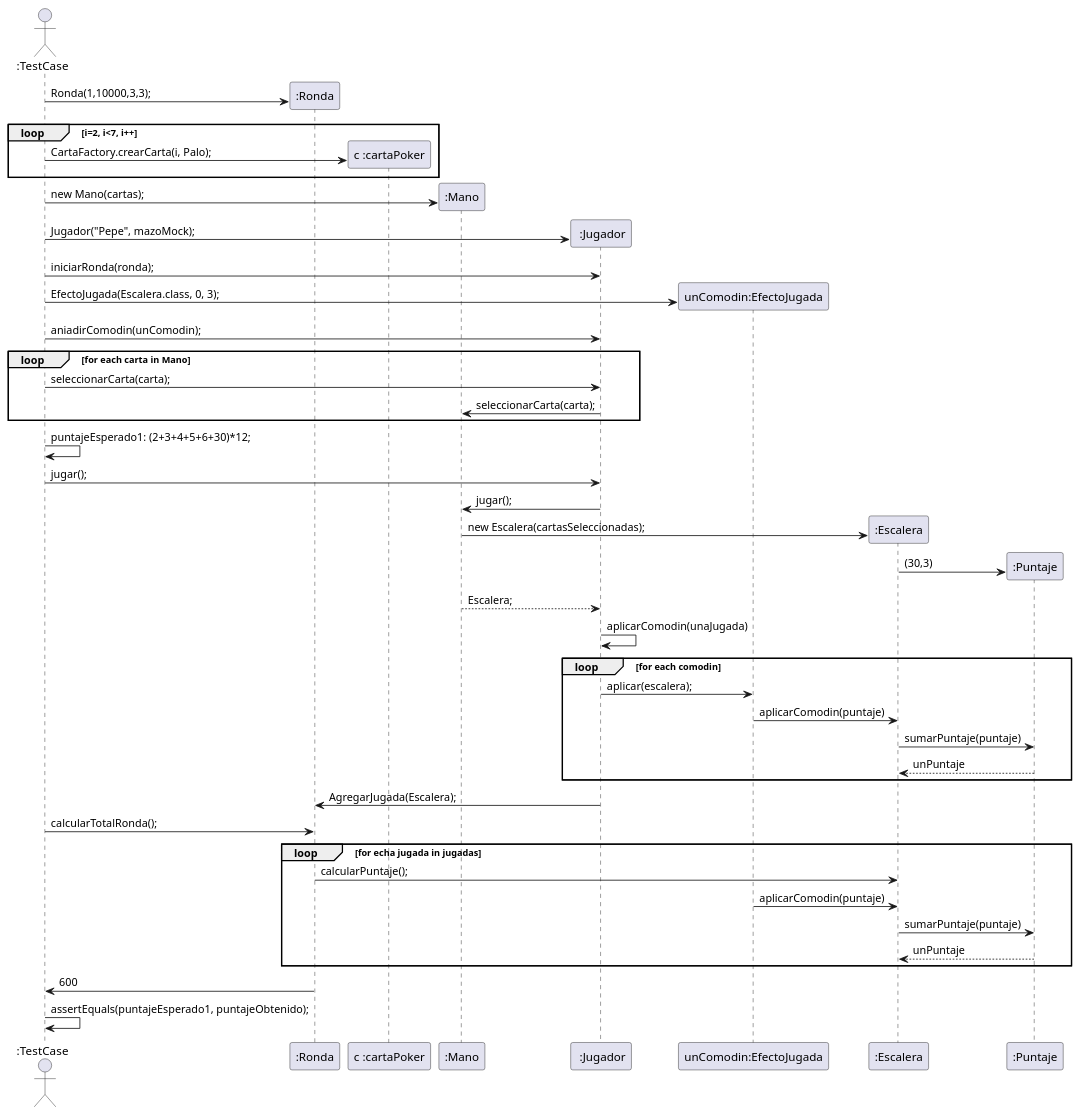
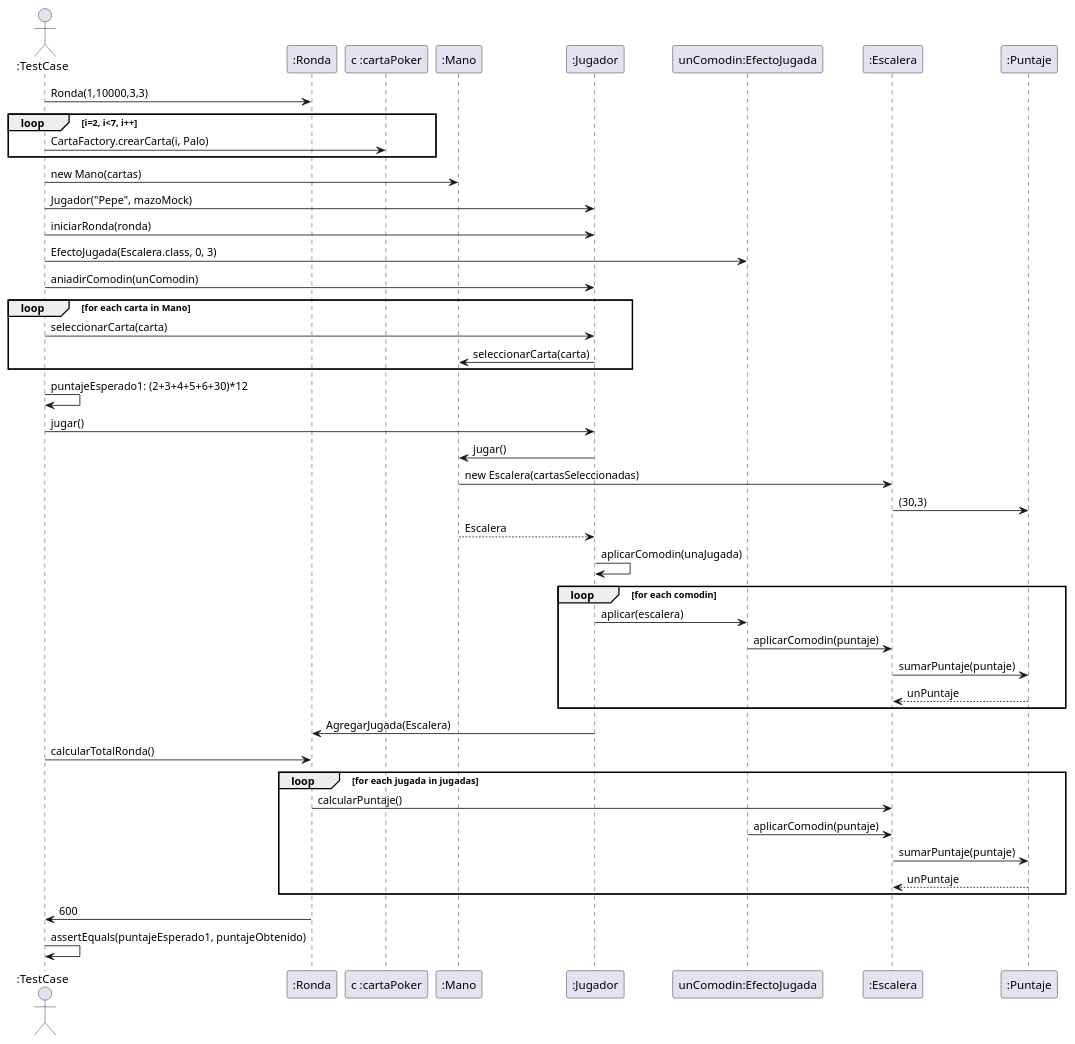
The diagram in diagrams/sequences/Entrega2/test01Integracion.puml (carruizdiaz1109/UBAlatro), drawn with PlantUML before and after one commit.

Commit message:
Se modifica el diagrama de secuencia 1 de la entrega 2

```diff
--- a/diagrams/sequences/Entrega2/test01Integracion.puml
+++ b/diagrams/sequences/Entrega2/test01Integracion.puml
@@ -1,53 +1,67 @@
 @startuml
-'https://plantuml.com/sequence-diagram
+' https://plantuml.com/sequence-diagram
 
 actor ":TestCase" as user
 participant ":Ronda" as ronda
 participant "c :cartaPoker" as carta
 participant ":Mano" as mano
-participant " :Jugador" as jugador
+participant ":Jugador" as jugador
 participant "unComodin:EfectoJugada" as comodin
+participant ":Escalera" as escalera
+participant ":Puntaje" as puntaje
 
-user -> ronda**: Ronda(1,10000,3,3);
+' Inicialización
+user -> ronda: Ronda(1,10000,3,3)
 loop i=2, i<7, i++
-    user ->  carta**:CartaFactory.crearCarta(i, Palo);
+    user -> carta: CartaFactory.crearCarta(i, Palo)
 end
-user -> mano**: new Mano(cartas);
-user -> jugador**: Jugador("Pepe", mazoMock);
-user -> jugador: iniciarRonda(ronda);
+user -> mano: new Mano(cartas)
+user -> jugador: Jugador("Pepe", mazoMock)
+user -> jugador: iniciarRonda(ronda)
 
-user -> comodin **: EfectoJugada(Escalera.class, 0, 3);
-user -> jugador :aniadirComodin(unComodin);
+' Agregar comodín
+user -> comodin: EfectoJugada(Escalera.class, 0, 3)
+user -> jugador: aniadirComodin(unComodin)
+
+' Selección de cartas
 loop for each carta in Mano
-    user -> jugador: seleccionarCarta(carta);
-    jugador -> mano: seleccionarCarta(carta);
+    user -> jugador: seleccionarCarta(carta)
+    jugador -> mano: seleccionarCarta(carta)
 end
 
-user -> user: puntajeEsperado1: (2+3+4+5+6+30)*12;
-user -> jugador:jugar();
-jugador -> mano: jugar();
-mano -> ":Escalera" as escalera**: new Escalera(cartasSeleccionadas);
-escalera -> ":Puntaje" as puntaje**: (30,3)
-mano --> jugador: Escalera;
+' Calcular puntaje esperado
+user -> user: puntajeEsperado1: (2+3+4+5+6+30)*12
+
+' Realizar jugada
+user -> jugador: jugar()
+jugador -> mano: jugar()
+mano -> escalera: new Escalera(cartasSeleccionadas)
+escalera -> puntaje: (30,3)
+mano --> jugador: Escalera
 jugador -> jugador: aplicarComodin(unaJugada)
+
+' Aplicar comodín
 loop for each comodin
-   jugador -> comodin: aplicar(escalera);
+    jugador -> comodin: aplicar(escalera)
     comodin -> escalera: aplicarComodin(puntaje)
     escalera -> puntaje: sumarPuntaje(puntaje)
     puntaje --> escalera: unPuntaje
 end
-jugador -> ronda: AgregarJugada(Escalera);
-user -> ronda: calcularTotalRonda();
-loop for echa jugada in jugadas
-    ronda -> escalera: calcularPuntaje();
+
+' Agregar jugada a la ronda
+jugador -> ronda: AgregarJugada(Escalera)
+
+' Calcular total de la ronda
+user -> ronda: calcularTotalRonda()
+loop for each jugada in jugadas
+    ronda -> escalera: calcularPuntaje()
     comodin -> escalera: aplicarComodin(puntaje)
     escalera -> puntaje: sumarPuntaje(puntaje)
     puntaje --> escalera: unPuntaje
 end
+
+' Resultado final
 ronda -> user: 600
-user -> user: assertEquals(puntajeEsperado1, puntajeObtenido);
-
-
-
+user -> user: assertEquals(puntajeEsperado1, puntajeObtenido)
 
 @enduml
```
